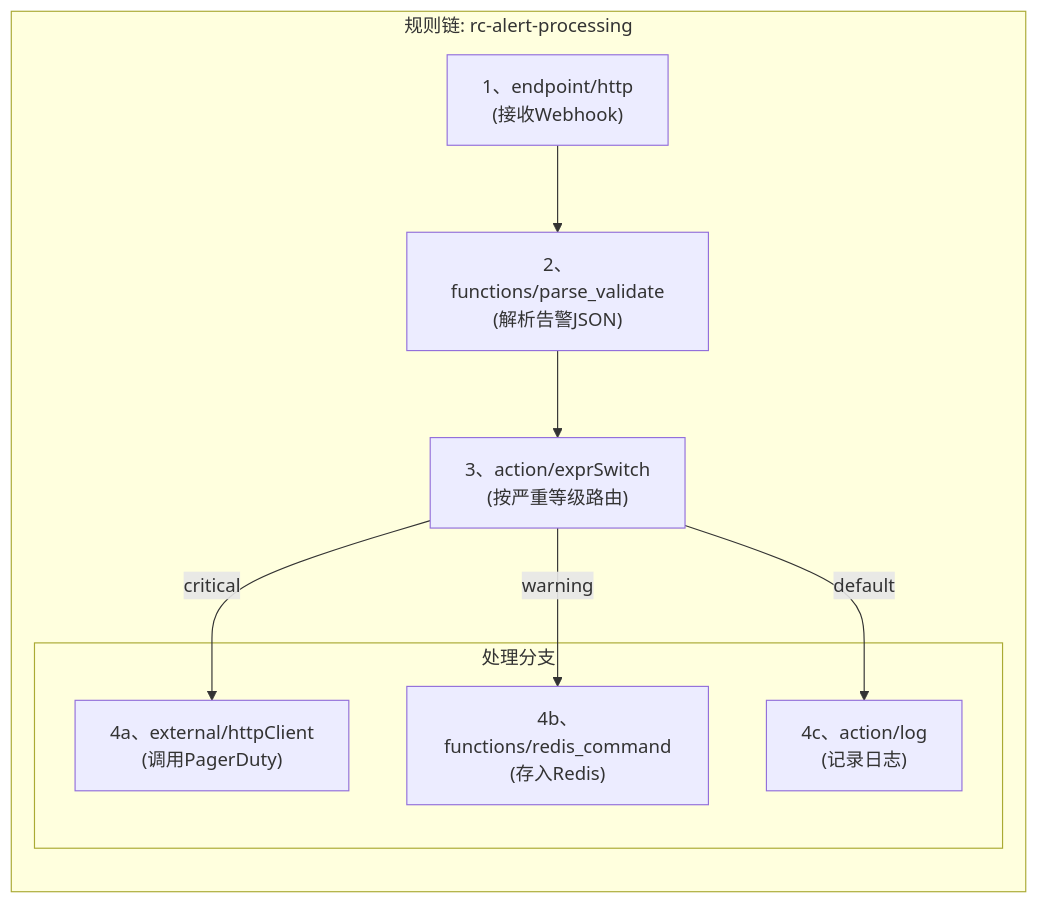
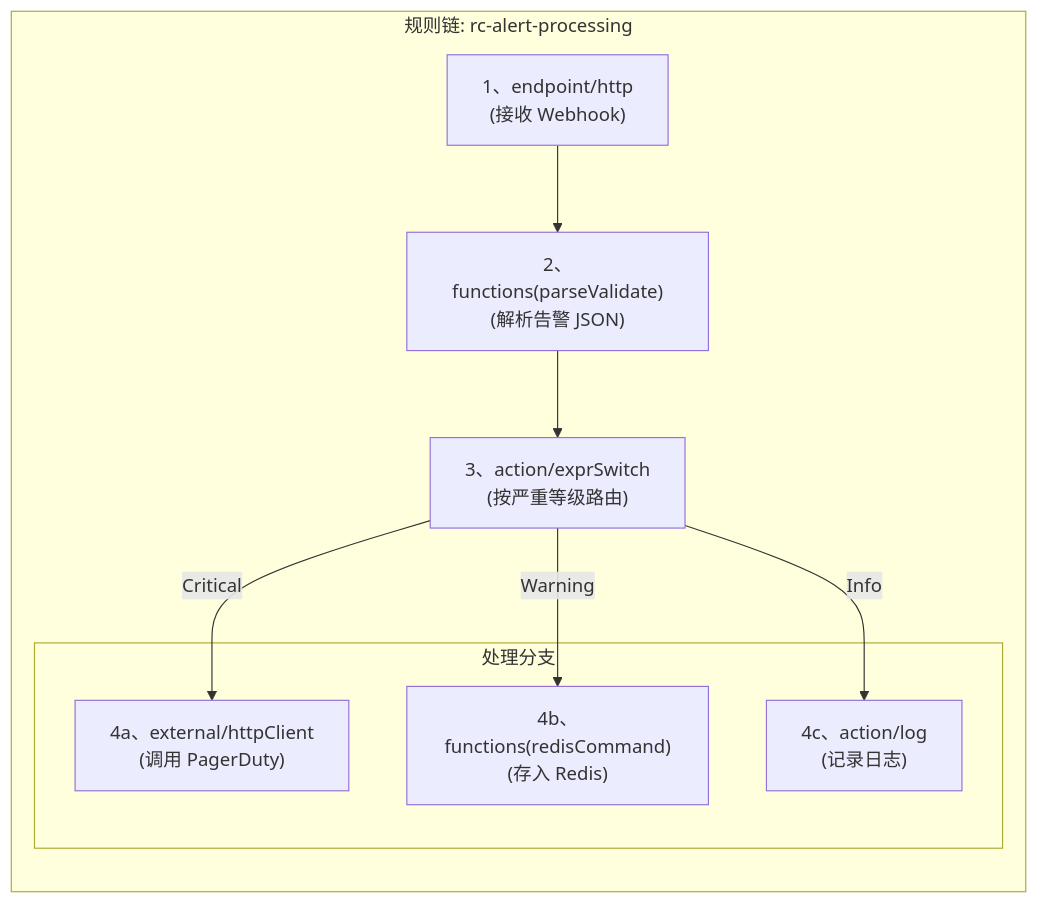
Before and after one commit to neohetj/matrix: the diagram in docs/guides/09_e2e_alert_processing_guide.md, drawn with Mermaid. The commit also changed other lines of this file and 97 other files, not shown here.

````diff
--- a/docs/guides/09_e2e_alert_processing_guide.md
+++ b/docs/guides/09_e2e_alert_processing_guide.md
@@ -40,22 +45,22 @@
 ```mermaid
 flowchart TD
     subgraph "规则链: rc-alert-processing"
         direction TB
-        
-        httpEndpoint["1、endpoint/http<br/>(接收Webhook)"]
-        parseAlert["2、functions/parse_validate<br/>(解析告警JSON)"]
+
+        httpEndpoint["1、endpoint/http<br/>(接收 Webhook)"]
+        parseAlert["2、functions(parseValidate)<br/>(解析告警 JSON)"]
         routeBySeverity["3、action/exprSwitch<br/>(按严重等级路由)"]
-        
+
         subgraph "处理分支"
-            callPagerDuty["4a、external/httpClient<br/>(调用PagerDuty)"]
-            storeToRedis["4b、functions/redis_command<br/>(存入Redis)"]
+            callPagerDuty["4a、external/httpClient<br/>(调用 PagerDuty)"]
+            storeToRedis["4b、functions(redisCommand)<br/>(存入 Redis)"]
             logInfo["4c、action/log<br/>(记录日志)"]
         end
 
-        httpEndpoint --> parseAlert;
-        parseAlert --> routeBySeverity;
-        routeBySeverity -- "critical" --> callPagerDuty;
-        routeBySeverity -- "warning" --> storeToRedis;
-        routeBySeverity -- "default" --> logInfo;
+        httpEndpoint --> parseAlert
+        parseAlert --> routeBySeverity
+        routeBySeverity -- "Critical" --> callPagerDuty
+        routeBySeverity -- "Warning" --> storeToRedis
+        routeBySeverity -- "Info" --> logInfo
     end
 ```
````
